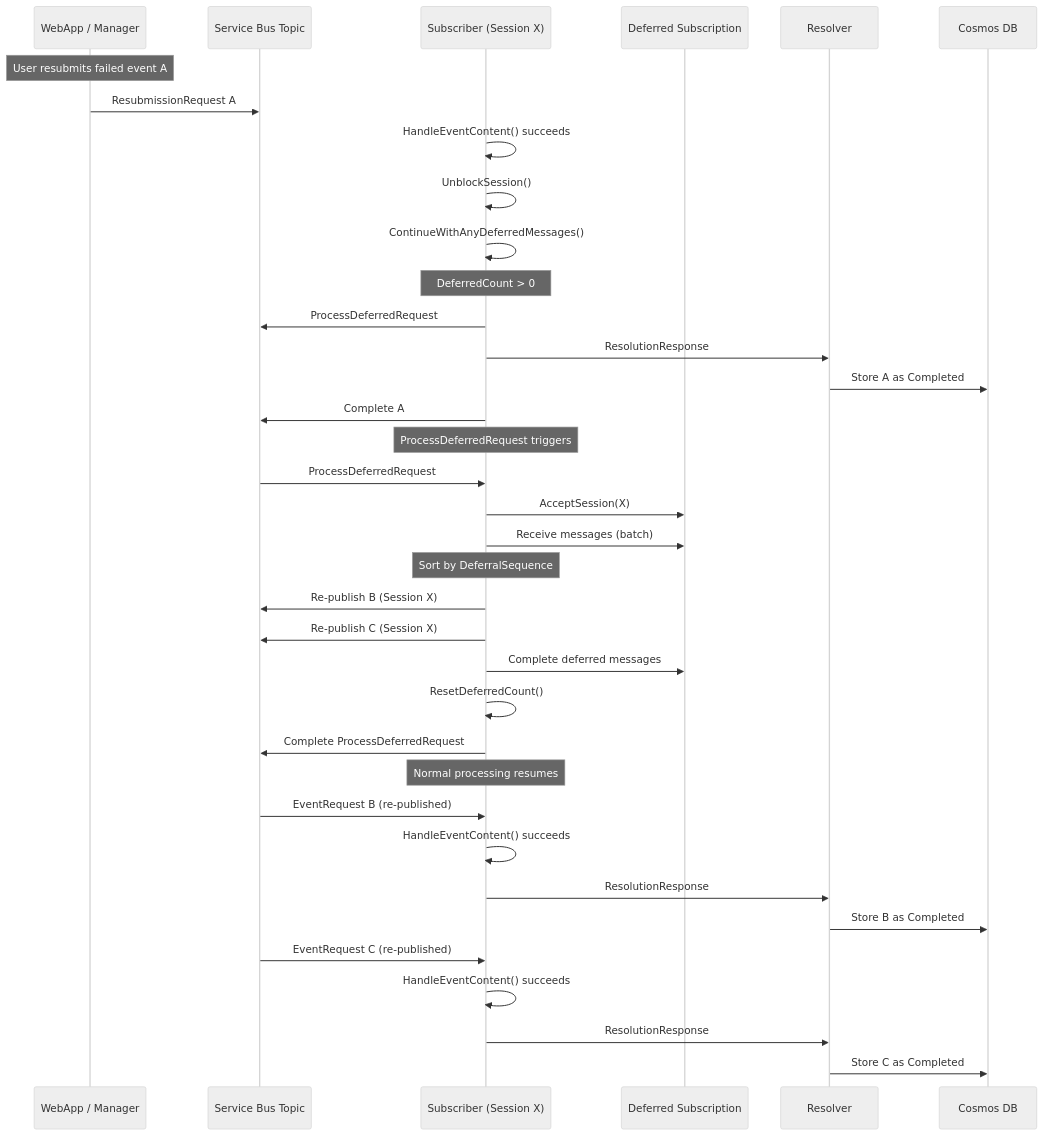
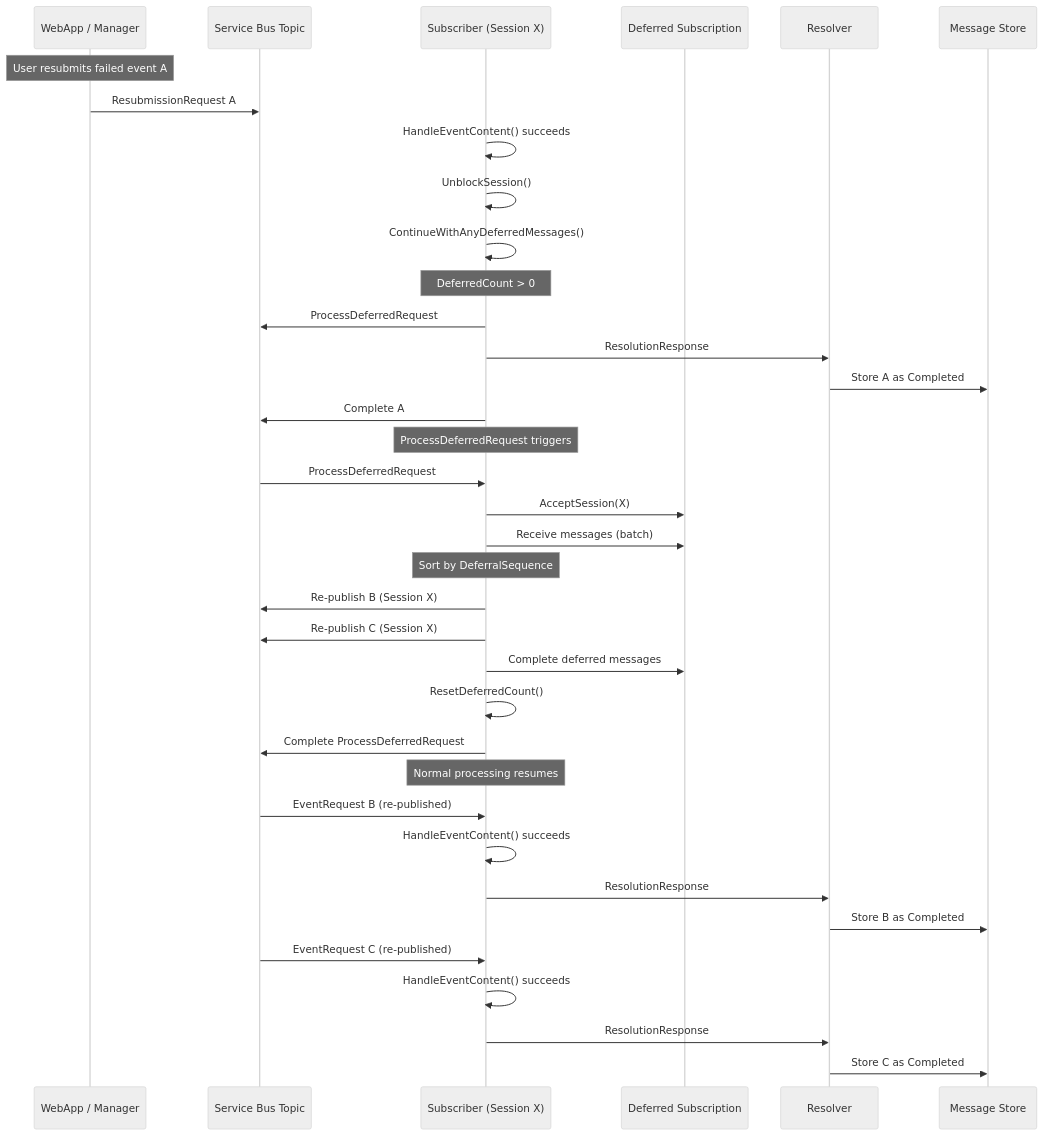
Before and after one commit to context-and-oss/NimBus: the third of 3 diagrams in docs/deferred-messages.md, drawn with Mermaid (neutral theme). The commit also changed other lines of this file and 1 other file, not shown here.

Commit message:
docs: name the message store instead of Cosmos DB in sequence diagrams

````diff
--- a/docs/deferred-messages.md
+++ b/docs/deferred-messages.md
@@ -87,43 +87,43 @@
 ```mermaid
 sequenceDiagram
     participant W as WebApp / Manager
     participant T as Service Bus Topic
     participant S as Subscriber (Session X)
     participant D as Deferred Subscription
     participant R as Resolver
-    participant DB as Cosmos DB
+    participant DB as Message Store
 
     Note over W: User resubmits failed event A
     W->>T: ResubmissionRequest A
 
     S->>S: HandleEventContent() succeeds
     S->>S: UnblockSession()
     S->>S: ContinueWithAnyDeferredMessages()
     Note over S: DeferredCount > 0
     S->>T: ProcessDeferredRequest
     S->>R: ResolutionResponse
     R->>DB: Store A as Completed
     S->>T: Complete A
 
     Note over S: ProcessDeferredRequest triggers
     T->>S: ProcessDeferredRequest
     S->>D: AcceptSession(X)
     S->>D: Receive messages (batch)
     Note over S: Sort by DeferralSequence
     S->>T: Re-publish B (Session X)
     S->>T: Re-publish C (Session X)
     S->>D: Complete deferred messages
     S->>S: ResetDeferredCount()
     S->>T: Complete ProcessDeferredRequest
 
     Note over S: Normal processing resumes
     T->>S: EventRequest B (re-published)
     S->>S: HandleEventContent() succeeds
     S->>R: ResolutionResponse
     R->>DB: Store B as Completed
 
     T->>S: EventRequest C (re-published)
     S->>S: HandleEventContent() succeeds
     S->>R: ResolutionResponse
     R->>DB: Store C as Completed
 ```
````
